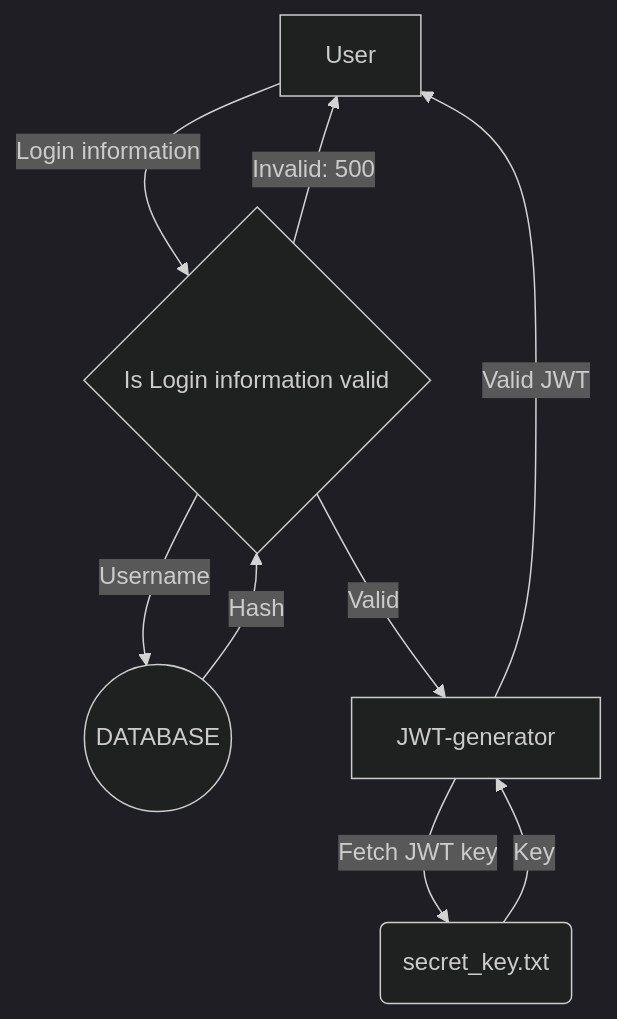
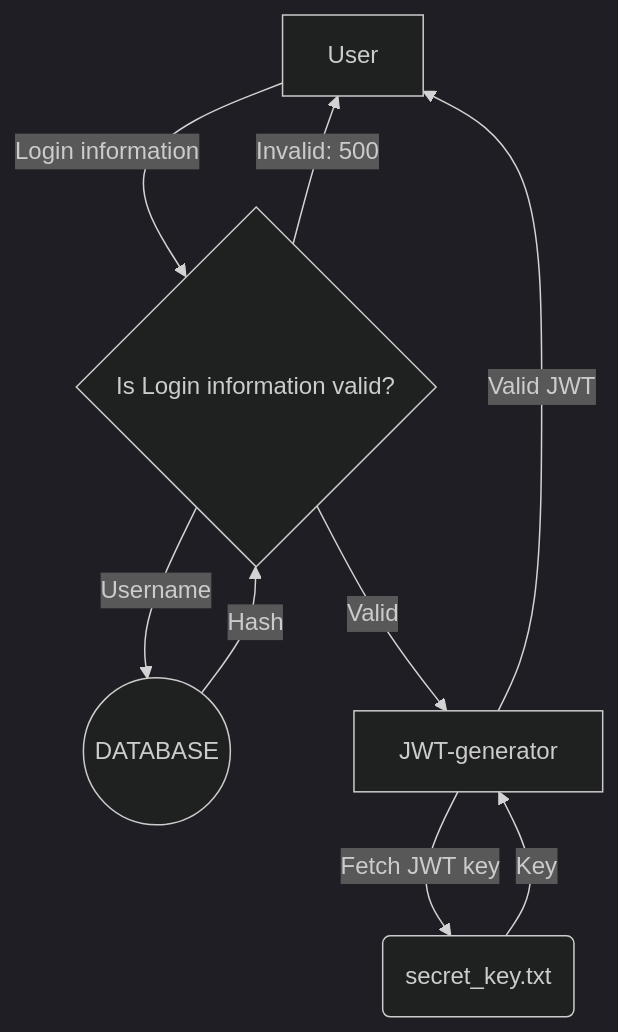
One commit to Slenderman00/show-it changed the third of 3 diagrams in docs/access-control.md. Above: the diagram before and after it, drawn with Mermaid (dark theme). The commit also changed other lines of this file, not shown here.

Commit message:
fix: added question marks

````diff
--- a/docs/access-control.md
+++ b/docs/access-control.md
@@ -32,11 +32,11 @@
 ```mermaid
 graph TD
-A[User] -- Login information --> B{Is Login information valid}
+A[User] -- Login information --> B{Is Login information valid?}
 B -- Username --> C((DATABASE))
 C -- Hash --> B
 B -- Valid --> D[JWT-generator]
 B -- Invalid: 500 --> A
 D -- Fetch JWT key --> E(secret_key.txt)
 E -- Key --> D
 D -- Valid JWT --> A
 ```
````
